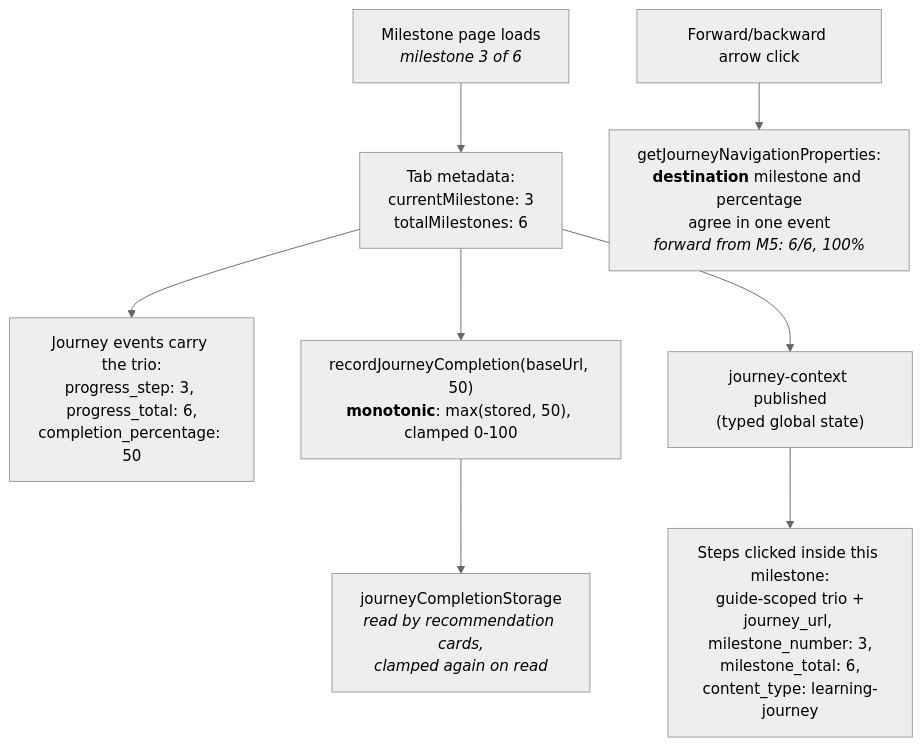
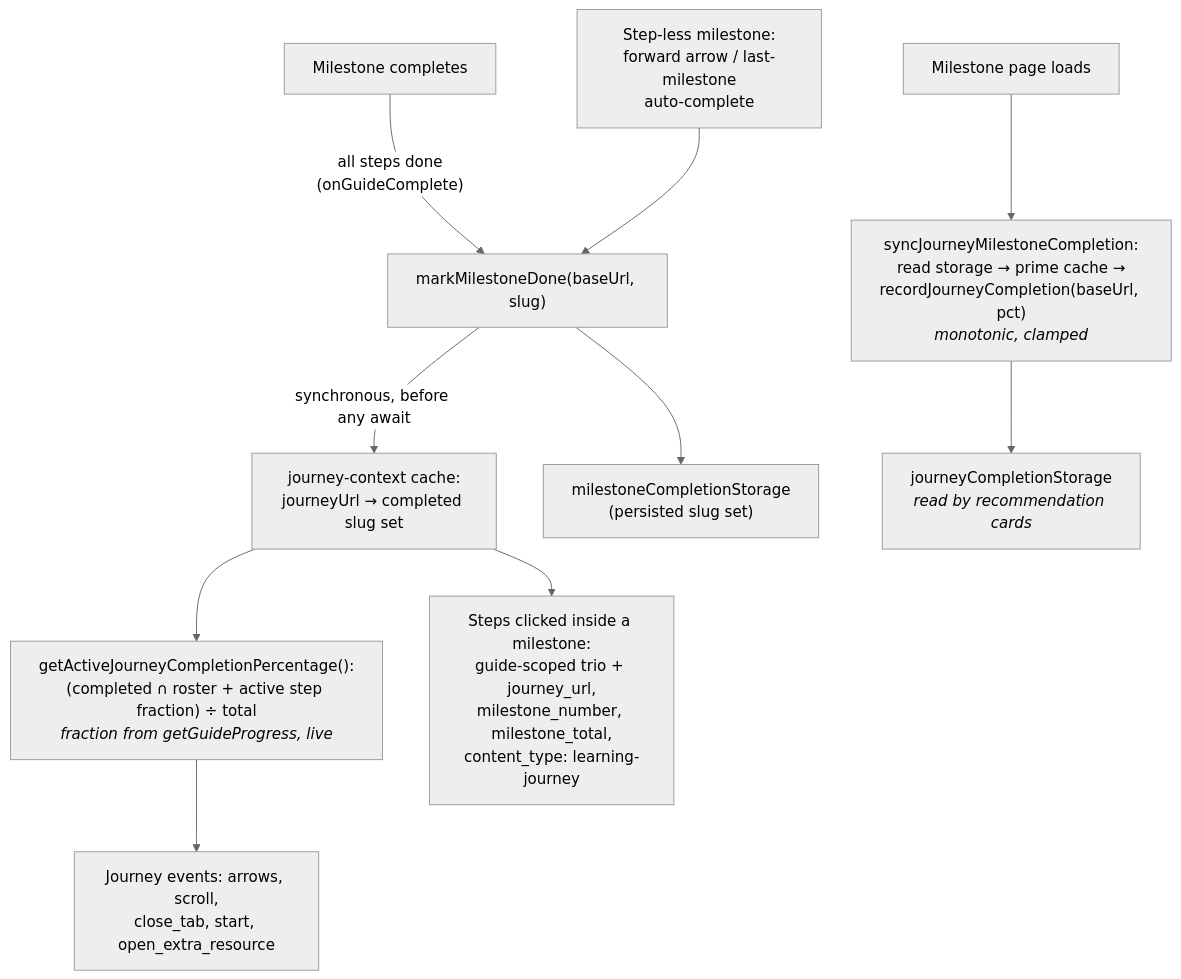
Before and after one commit to grafana/grafana-pathfinder-app: the third of 4 diagrams in docs/developer/COMPLETION_METRICS.md, drawn with Mermaid (neutral theme). The commit also changed other lines of this file and 21 other files, not shown here.

First line of the commit message:
fix(analytics): make journey completion_percentage step-driven

````diff
--- a/docs/developer/COMPLETION_METRICS.md
+++ b/docs/developer/COMPLETION_METRICS.md
@@ -87,10 +100,12 @@
 ```mermaid
 flowchart TD
-    A["Milestone page loads<br/><i>milestone 3 of 6</i>"] --> B["Tab metadata:<br/>currentMilestone: 3<br/>totalMilestones: 6"]
-    B --> C["Journey events carry the trio:<br/>progress_step: 3, progress_total: 6,<br/>completion_percentage: 50"]
-    B --> D["recordJourneyCompletion(baseUrl, 50)<br/><b>monotonic</b>: max(stored, 50), clamped 0-100"]
-    D --> E["journeyCompletionStorage<br/><i>read by recommendation cards,<br/>clamped again on read</i>"]
-    B --> F["journey-context published<br/>(typed global state)"]
-    F --> G["Steps clicked inside this milestone:<br/>guide-scoped trio +<br/>journey_url, milestone_number: 3,<br/>milestone_total: 6,<br/>content_type: learning-journey"]
-    H["Forward/backward arrow click"] --> I["getJourneyNavigationProperties:<br/><b>destination</b> milestone and percentage<br/>agree in one event<br/><i>forward from M5: 6/6, 100%</i>"]
+    A["Milestone completes"] -->|"all steps done<br/>(onGuideComplete)"| M["markMilestoneDone(baseUrl, slug)"]
+    B["Step-less milestone:<br/>forward arrow / last-milestone<br/>auto-complete"] --> M
+    M -->|"synchronous, before any await"| C["journey-context cache:<br/>journeyUrl → completed slug set"]
+    M --> D["milestoneCompletionStorage<br/>(persisted slug set)"]
+    E["Milestone page loads"] --> F["syncJourneyMilestoneCompletion:<br/>read storage → prime cache →<br/>recordJourneyCompletion(baseUrl, pct)<br/><i>monotonic, clamped</i>"]
+    F --> G["journeyCompletionStorage<br/><i>read by recommendation cards</i>"]
+    C --> H["getActiveJourneyCompletionPercentage():<br/>(completed ∩ roster + active step fraction) ÷ total<br/><i>fraction from getGuideProgress, live</i>"]
+    H --> I["Journey events: arrows, scroll,<br/>close_tab, start, open_extra_resource"]
+    C --> J["Steps clicked inside a milestone:<br/>guide-scoped trio + journey_url,<br/>milestone_number, milestone_total,<br/>content_type: learning-journey"]
 ```
````
